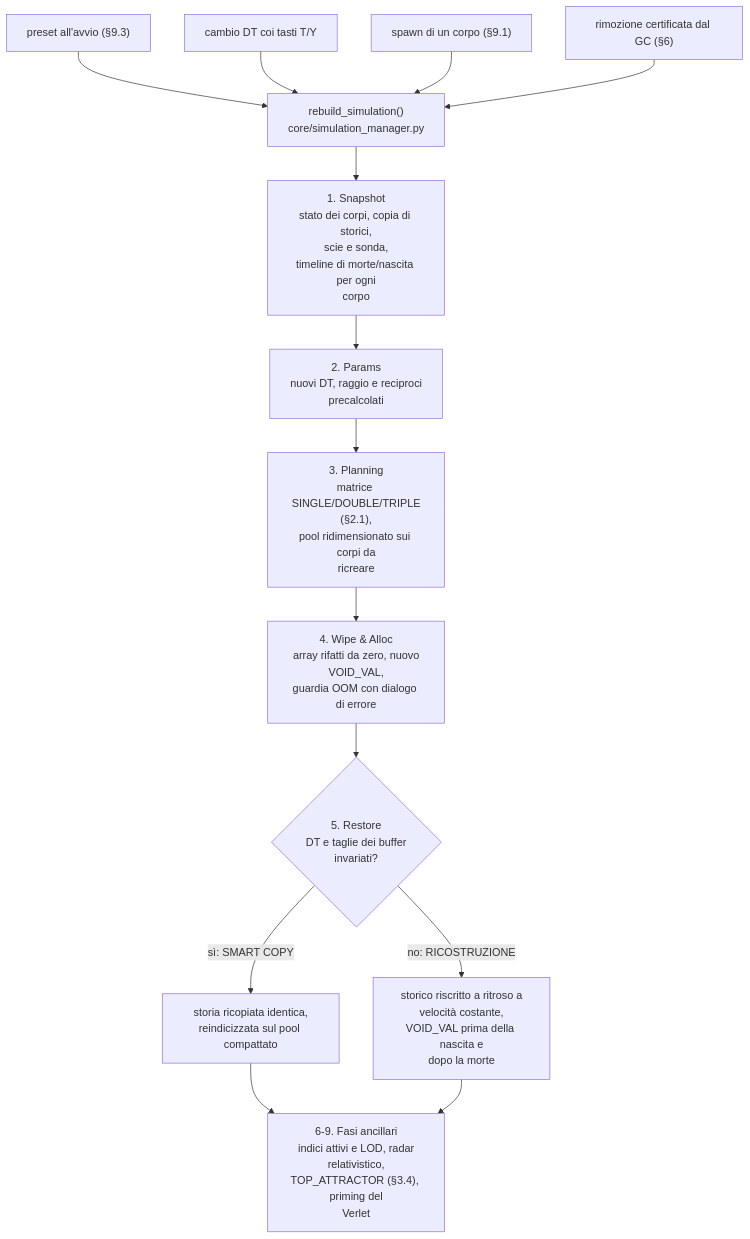
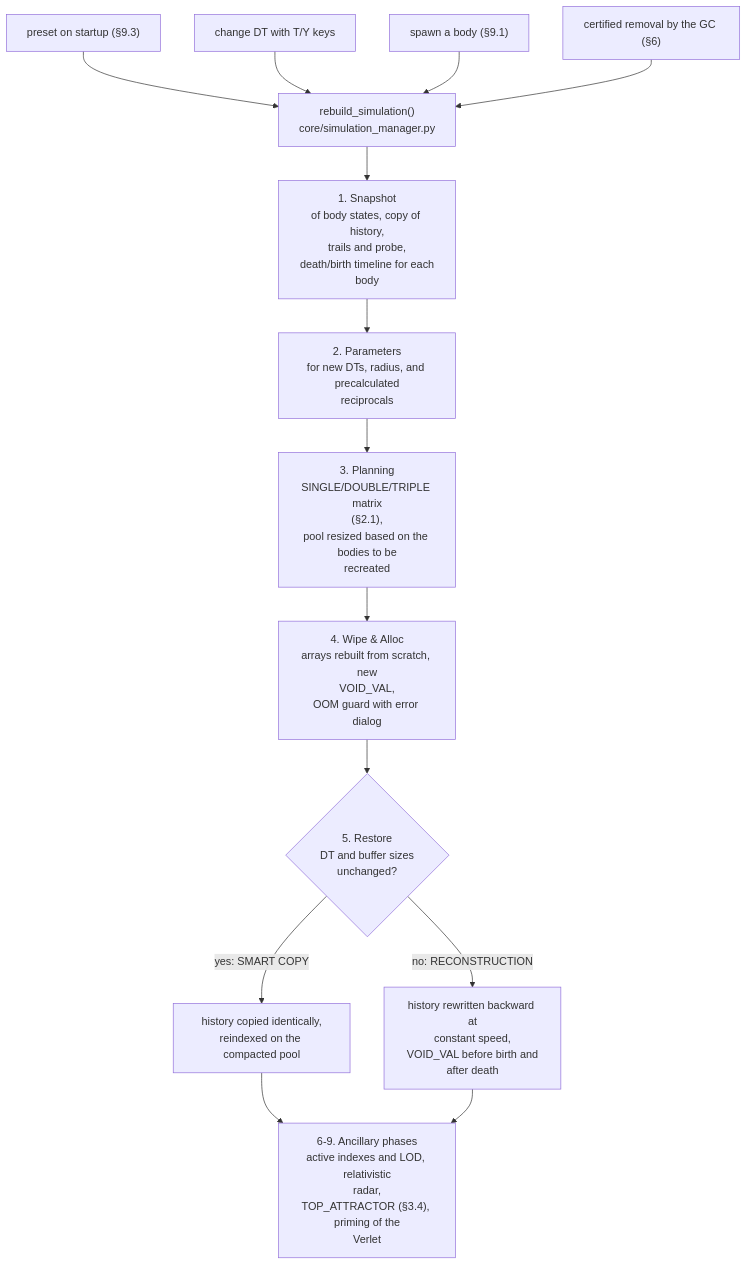
The third of 11 diagrams in ARCHITECTURE_DEEP_DIVE.md (alessandro-pioli/AstroCausal_Engine), drawn with Mermaid before and after one commit. The commit also changed other lines of this file and 5 other files, not shown here.

````diff
--- a/ARCHITECTURE_DEEP_DIVE.md
+++ b/ARCHITECTURE_DEEP_DIVE.md
@@ -373,20 +376,20 @@
 ```mermaid
 flowchart TD
-    T1["preset all'avvio (§9.3)"] --> R
-    T2["cambio DT coi tasti T/Y"] --> R
-    T3["spawn di un corpo (§9.1)"] --> R
-    T4["rimozione certificata dal GC (§6)"] --> R
+    T1["preset on startup (§9.3)"] --> R
+    T2["change DT with T/Y keys"] --> R
+    T3["spawn a body (§9.1)"] --> R
+    T4["certified removal by the GC (§6)"] --> R
 
     R["rebuild_simulation()<br/>core/simulation_manager.py"] --> F1
 
-    F1["1. Snapshot<br/>stato dei corpi, copia di storici,<br/>scie e sonda,<br/>timeline di morte/nascita per ogni<br/>corpo"] --> F2
-    F2["2. Params<br/>nuovi DT, raggio e reciproci<br/>precalcolati"] --> F3
-    F3["3. Planning<br/>matrice SINGLE/DOUBLE/TRIPLE<br/>(§2.1),<br/>pool ridimensionato sui corpi da<br/>ricreare"] --> F4
-    F4["4. Wipe &amp; Alloc<br/>array rifatti da zero, nuovo<br/>VOID_VAL,<br/>guardia OOM con dialogo di errore"] --> F5
-    F5{"5. Restore<br/>DT e taglie dei buffer<br/>invariati?"}
-    F5 -->|"sì: SMART COPY"| C1["storia ricopiata identica,<br/>reindicizzata sul pool compattato"]
-    F5 -->|"no: RICOSTRUZIONE"| C2["storico riscritto a ritroso a<br/>velocità costante,<br/>VOID_VAL prima della nascita e<br/>dopo la morte"]
+    F1["1. Snapshot<BR/>of body states, copy of history,<BR/>trails and probe,<BR/>death/birth timeline for each<BR/>body"] --> F2
+    F2["2. Parameters<BR/>for new DTs, radius, and precalculated<BR/>reciprocals"] --> F3
+    F3["3. Planning<br/>SINGLE/DOUBLE/TRIPLE matrix<br/>(§2.1),<br/>pool resized based on the bodies to be<br/>recreated"] --> F4
+    F4["4. Wipe &amp; Alloc<br/>arrays rebuilt from scratch, new<br/>VOID_VAL,<br/>OOM guard with error dialog"] --> F5
+    F5{"5. Restore<br/>DT and buffer sizes<br/>unchanged?"}
+    F5 -->|"yes: SMART COPY"| C1["history copied identically,<br/>reindexed on the compacted pool"]
+    F5 -->|"no: RECONSTRUCTION"| C2["history rewritten backward at<br/>constant speed,<br/>VOID_VAL before birth and<br/>after death"]
     C1 --> F6
     C2 --> F6
-    F6["6-9. Fasi ancillari<br/>indici attivi e LOD, radar<br/>relativistico,<br/>TOP_ATTRACTOR (§3.4), priming del<br/>Verlet"]
+    F6["6-9. Ancillary phases<br/>active indexes and LOD, relativistic<br/>radar,<br/>TOP_ATTRACTOR (§3.4), priming of the<br/>Verlet"]
 ```
````
